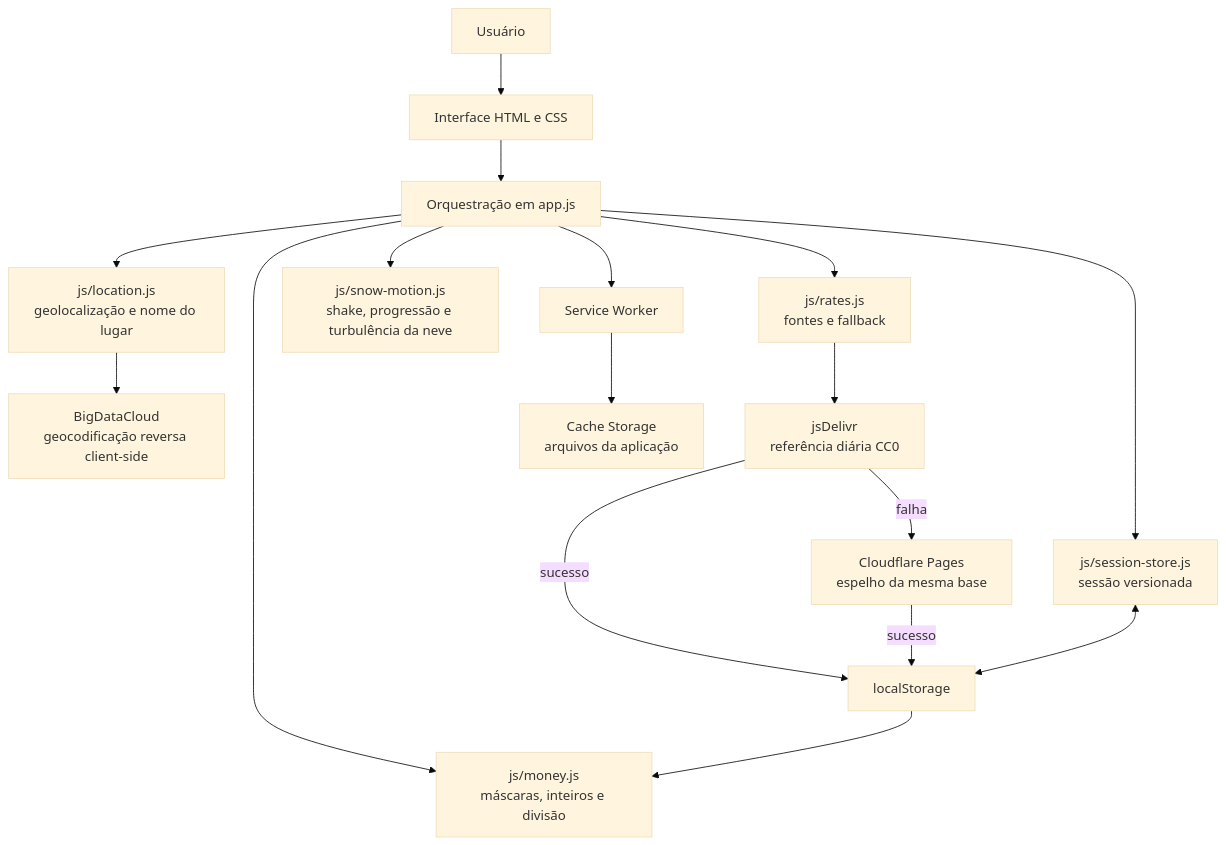
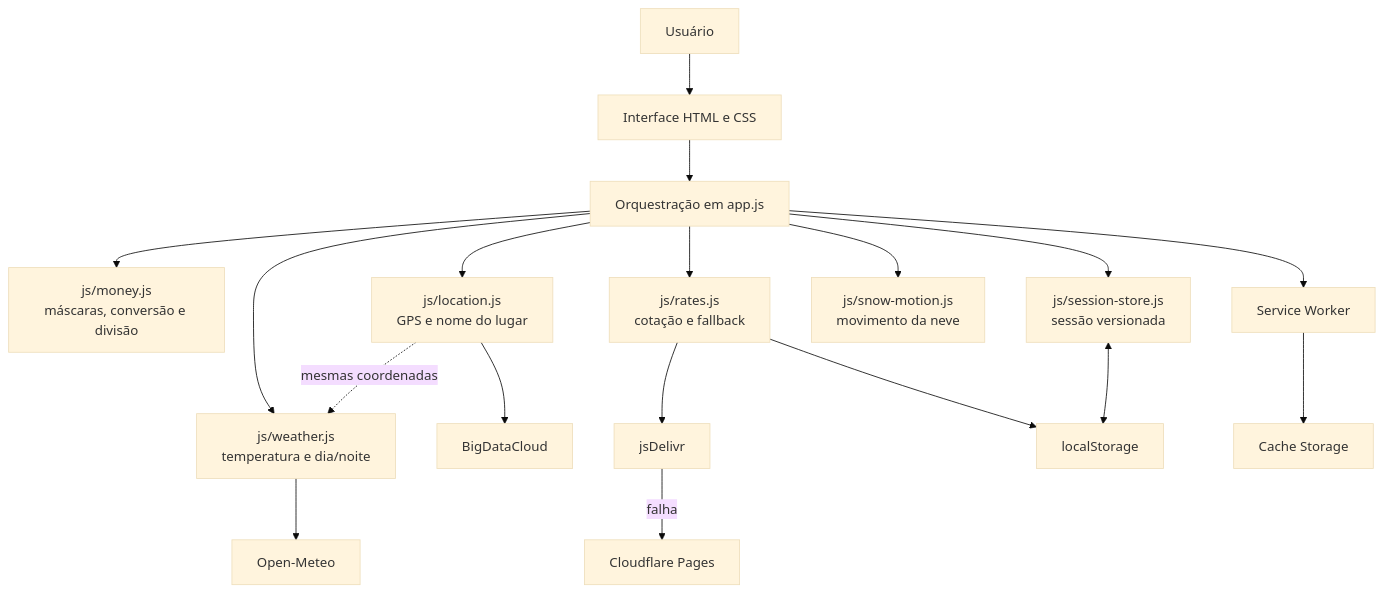
The diagram in README.md (rgjuni0r/conversor-clp-brl), drawn with Mermaid (base theme) before and after one commit. The commit also changed other lines of this file and 16 other files, not shown here.

````diff
--- a/README.md
+++ b/README.md
@@ -77,19 +106,20 @@
 ```mermaid
 flowchart TD
     U[Usuário] --> UI[Interface HTML e CSS]
     UI --> APP[Orquestração em app.js]
-    APP --> MONEY[js/money.js<br/>máscaras, inteiros e divisão]
+    APP --> MONEY[js/money.js<br/>máscaras, conversão e divisão]
     APP --> SESSION[js/session-store.js<br/>sessão versionada]
-    APP --> RATES[js/rates.js<br/>fontes e fallback]
-    APP --> LOCATION[js/location.js<br/>geolocalização e nome do lugar]
-    APP --> MOTION[js/snow-motion.js<br/>shake, progressão e turbulência da neve]
-    LOCATION --> BDC[BigDataCloud<br/>geocodificação reversa client-side]
-    RATES --> PRIMARY[jsDelivr<br/>referência diária CC0]
-    PRIMARY -->|sucesso| STORE[localStorage]
-    PRIMARY -->|falha| FALLBACK[Cloudflare Pages<br/>espelho da mesma base]
-    FALLBACK -->|sucesso| STORE
+    APP --> RATES[js/rates.js<br/>cotação e fallback]
+    APP --> LOCATION[js/location.js<br/>GPS e nome do lugar]
+    APP --> WEATHER[js/weather.js<br/>temperatura e dia/noite]
+    APP --> MOTION[js/snow-motion.js<br/>movimento da neve]
+    LOCATION --> BDC[BigDataCloud]
+    LOCATION -. mesmas coordenadas .-> WEATHER
+    WEATHER --> OM[Open-Meteo]
+    RATES --> PRIMARY[jsDelivr]
+    PRIMARY -->|falha| FALLBACK[Cloudflare Pages]
+    RATES --> STORE[localStorage]
     SESSION <--> STORE
-    STORE --> MONEY
     APP --> SW[Service Worker]
-    SW --> CACHE[Cache Storage<br/>arquivos da aplicação]
+    SW --> CACHE[Cache Storage]
 ```
````
